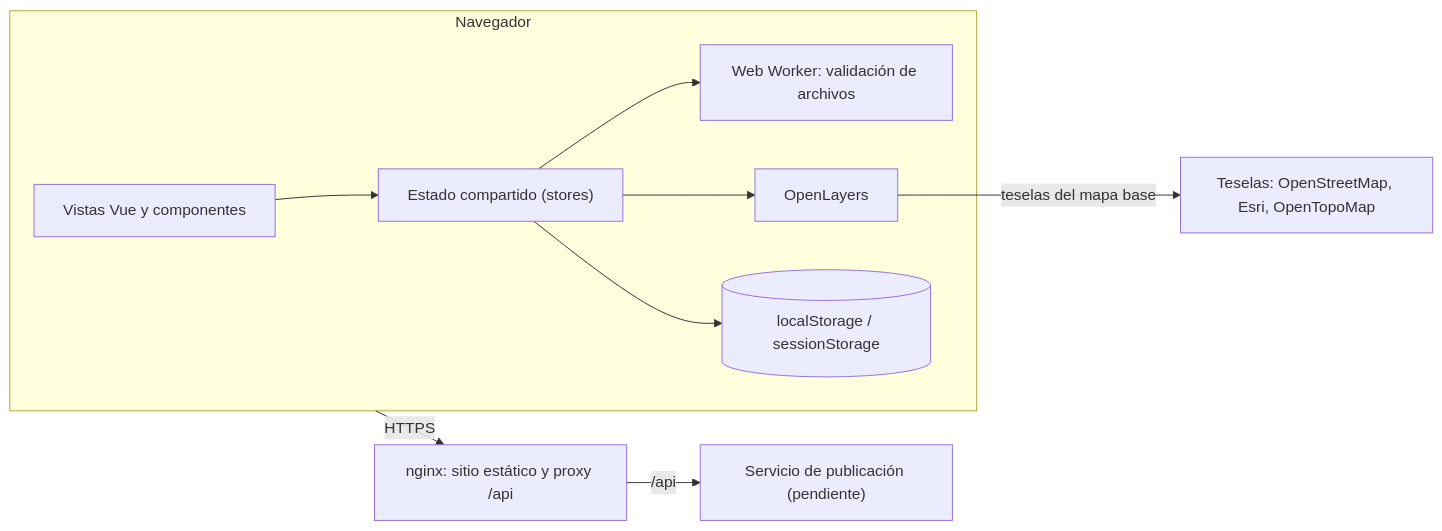
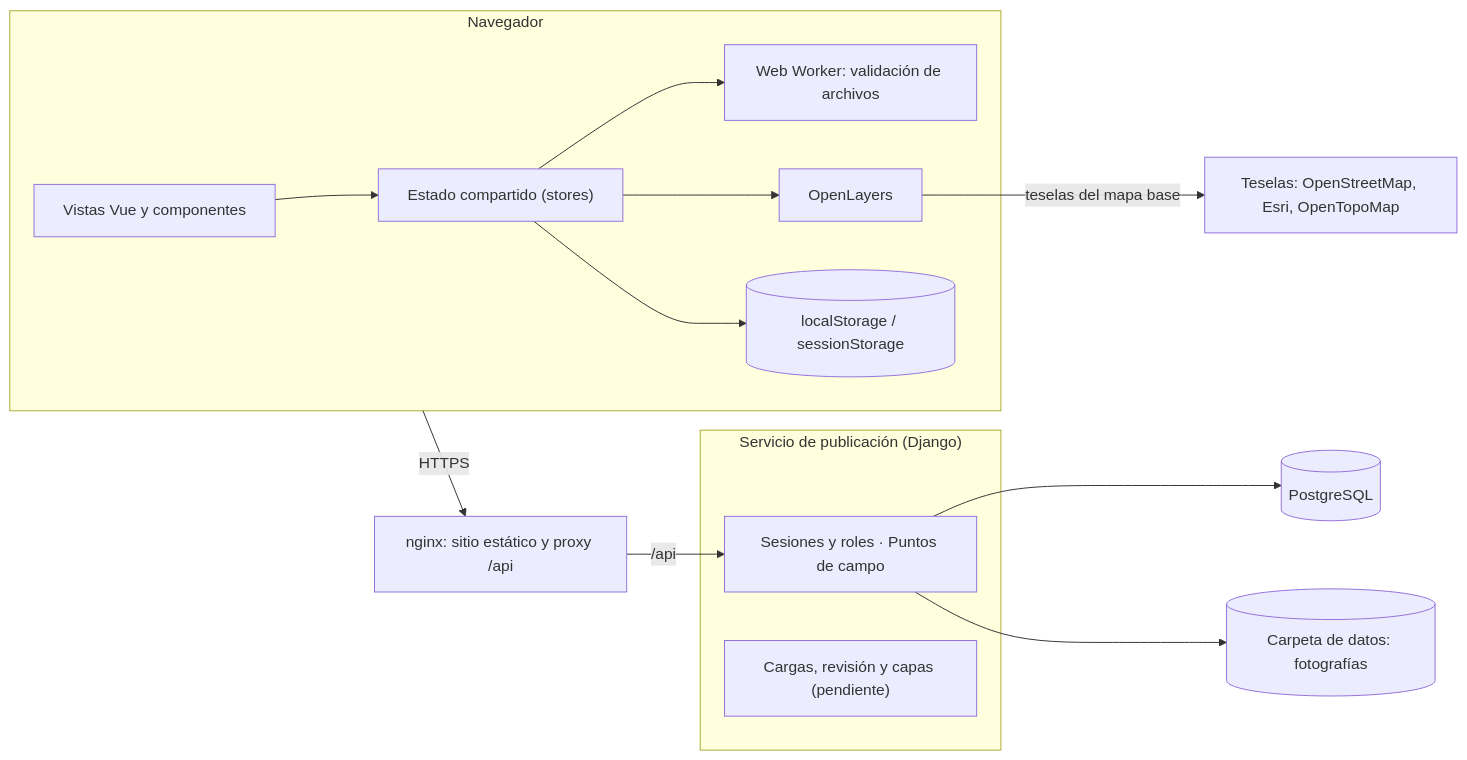
Before and after one commit to afedo-al/Geoportal_UACAM: the diagram in README.md, drawn with Mermaid. The commit also changed other lines of this file and 49 other files, not shown here.

First line of the commit message:
feat(backend): servicio de publicación en Django, fases 0 a 2

````diff
--- a/README.md
+++ b/README.md
@@ -79,20 +81,27 @@
 ```mermaid
 flowchart LR
   subgraph NAV["Navegador"]
     UI["Vistas Vue y componentes"]
     ST["Estado compartido (stores)"]
     WK["Web Worker: validación de archivos"]
     OL["OpenLayers"]
     LS[("localStorage / sessionStorage")]
     UI --> ST
     ST --> WK
     ST --> OL
     ST --> LS
   end
   NGINX["nginx: sitio estático y proxy /api"]
-  API["Servicio de publicación (pendiente)"]
+  subgraph SRV["Servicio de publicación (Django)"]
+    API["Sesiones y roles · Puntos de campo"]
+    PEND["Cargas, revisión y capas (pendiente)"]
+  end
+  DB[("PostgreSQL")]
+  FOTOS[("Carpeta de datos: fotografías")]
   TILES["Teselas: OpenStreetMap, Esri, OpenTopoMap"]
   NAV -->|"HTTPS"| NGINX
   NGINX -->|"/api"| API
+  API --> DB
+  API --> FOTOS
   OL -->|"teselas del mapa base"| TILES
 ```
````
